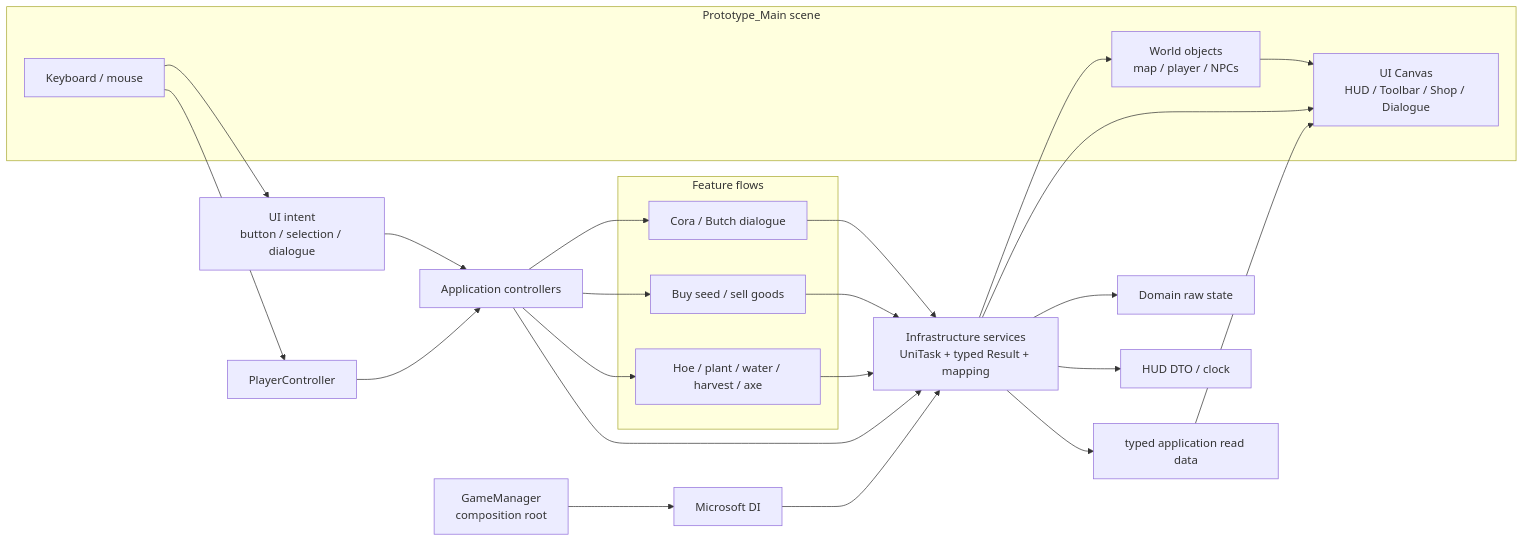
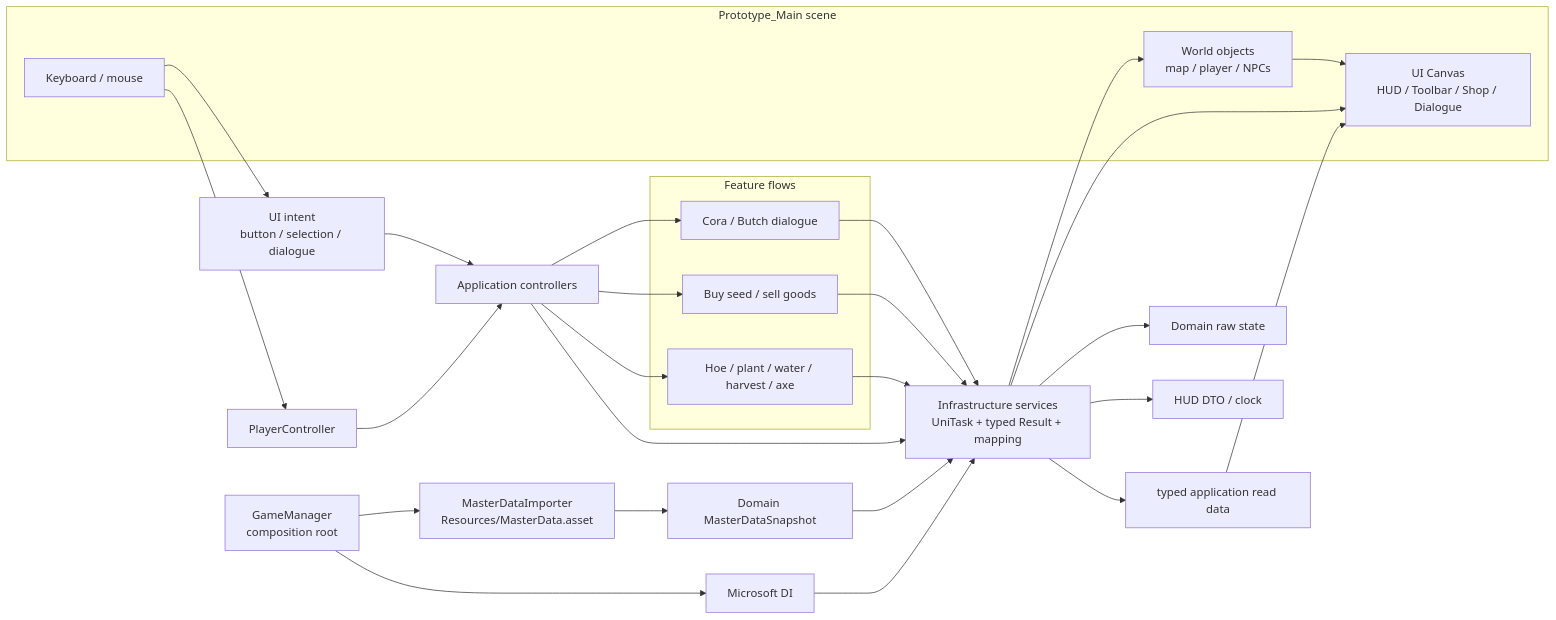
Before and after one commit to Phan-Phu/Prorotype_03: the first of 4 diagrams in ARCHITECTURE_FLOW.md, drawn with Mermaid. The commit also changed other lines of this file and 26 other files, not shown here.

Commit message:
feat: import runtime master data

````diff
--- a/ARCHITECTURE_FLOW.md
+++ b/ARCHITECTURE_FLOW.md
@@ -12,36 +12,39 @@
 ```mermaid
 flowchart LR
     subgraph Scene[Prototype_Main scene]
         Input[Keyboard / mouse]
         Canvas[UI Canvas\nHUD / Toolbar / Shop / Dialogue]
         World[World objects\nmap / player / NPCs]
     end
 
     Bootstrap[GameManager\ncomposition root] --> DI[Microsoft DI]
+    Bootstrap --> MD[MasterDataImporter\nResources/MasterData.asset]
+    MD --> Snapshot[Domain MasterDataSnapshot]
     DI --> Infra[Infrastructure services\nUniTask + typed Result + mapping]
+    Snapshot --> Infra
     Infra --> State[Domain raw state]
 
     Input --> Player[PlayerController]
     Input --> UIIntent[UI intent\nbutton / selection / dialogue]
     Player --> Actions[Application controllers]
     UIIntent --> Actions
     Actions --> Infra
     Infra --> Query[typed application read data]
     Infra --> World
     Infra --> HUD[HUD DTO / clock]
     Query --> Canvas
     Infra --> Canvas
     World --> Canvas
 
     subgraph Features[Feature flows]
         Farm[Hoe / plant / water / harvest / axe]
         Economy[Buy seed / sell goods]
         NPC[Cora / Butch dialogue]
     end
     Actions --> Farm
     Actions --> Economy
     Actions --> NPC
     Farm --> Infra
     Economy --> Infra
     NPC --> Infra
 ```
````
